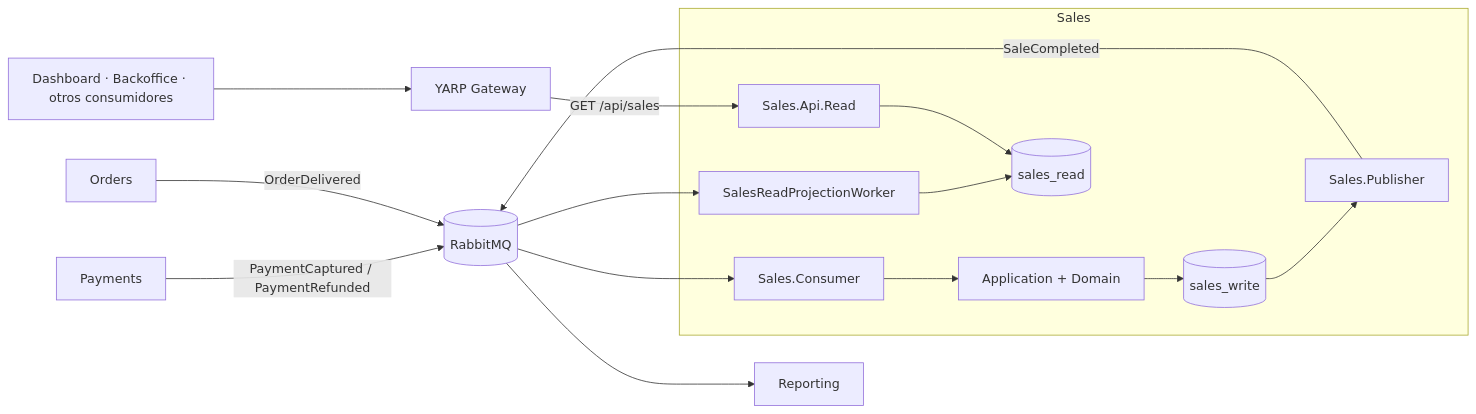
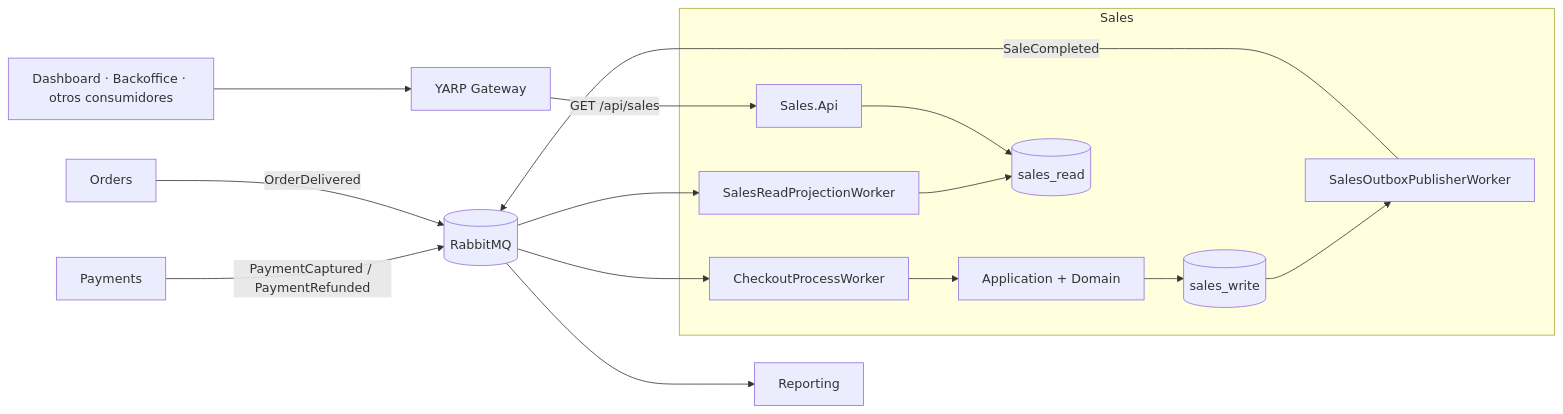
Before and after one commit to sergioocode/Restaurantes: the first of 6 diagrams in docs/Sales.README.md, drawn with Mermaid. The commit also changed other lines of this file and 257 other files, not shown here.

````diff
--- a/docs/Sales.README.md
+++ b/docs/Sales.README.md
@@ -55,37 +51,37 @@
 ```mermaid
 flowchart LR
     Payments["Payments"]
     Orders["Orders"]
     Rabbit[("RabbitMQ")]
 
     subgraph Sales["Sales"]
-        Consumer["Sales.Consumer"]
+        Consumer["CheckoutProcessWorker"]
         App["Application + Domain"]
         WriteDb[("sales_write")]
-        Publisher["Sales.Publisher"]
+        Publisher["SalesOutboxPublisherWorker"]
         ReadProjector["SalesReadProjectionWorker"]
         ReadDb[("sales_read")]
-        ReadApi["Sales.Api.Read"]
+        ReadApi["Sales.Api"]
     end
 
     Gateway["YARP Gateway"]
     Clients["Dashboard · Backoffice · otros consumidores"]
     Reporting["Reporting"]
 
     Payments -->|PaymentCaptured / PaymentRefunded| Rabbit
     Orders -->|OrderDelivered| Rabbit
     Rabbit --> Consumer
     Consumer --> App
     App --> WriteDb
 
     WriteDb --> Publisher
     Publisher -->|SaleCompleted| Rabbit
 
     Rabbit --> ReadProjector
     ReadProjector --> ReadDb
     Rabbit --> Reporting
 
     Clients --> Gateway
     Gateway -->|GET /api/sales| ReadApi
     ReadApi --> ReadDb
 ```
````
